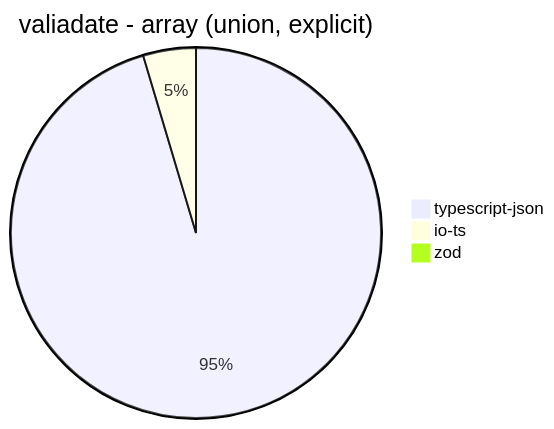
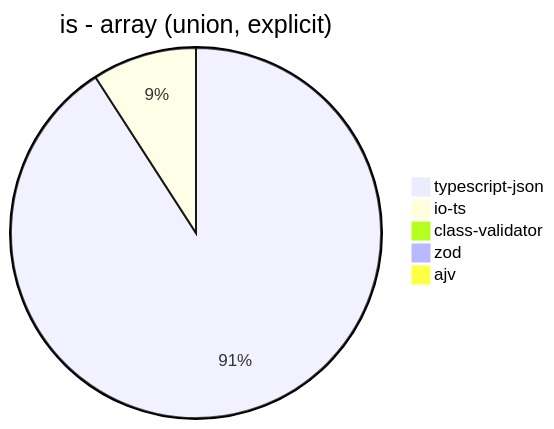
The sixth of 40 diagrams in benchmark/results/AMD Ryzen 9 5900HX with Radeon Graphics.md (samchon/typia), drawn with Mermaid before and after one commit. The commit also changed other lines of this file and 2 other files, not shown here.

````diff
--- a/benchmark/results/AMD Ryzen 9 5900HX with Radeon Graphics.md
+++ b/benchmark/results/AMD Ryzen 9 5900HX with Radeon Graphics.md
@@ -61,6 +71,8 @@
 ```mermaid
-pie title valiadate - array (union, explicit)
-  "typescript-json": 1874.233128834356
-  "io-ts": 90.51412020275163
-  "zod": 2.949852507374631
+pie title is - array (union, explicit)
+  "typescript-json": 3991.2885662431945
+  "io-ts": 400.6949524506218
+  "class-validator": 8.267568583239383
+  "zod": 2.9923321488685244
+  "ajv": 0
 ```
````
